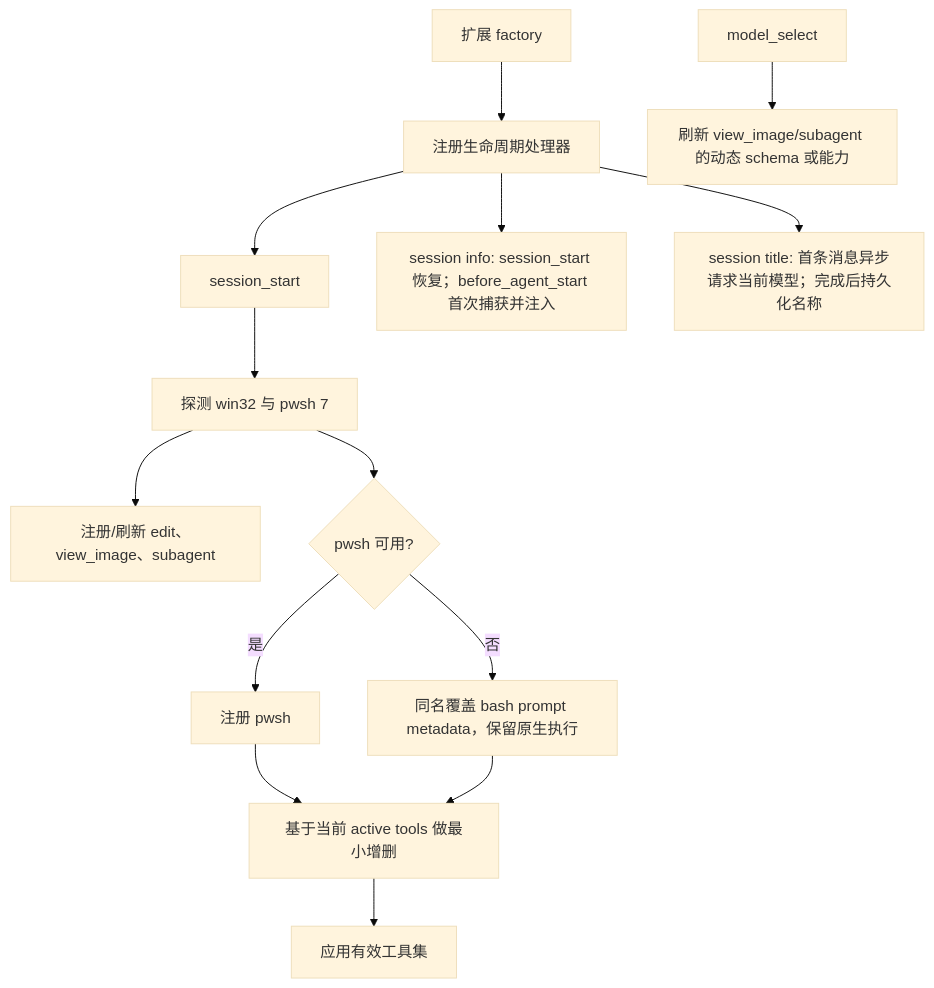
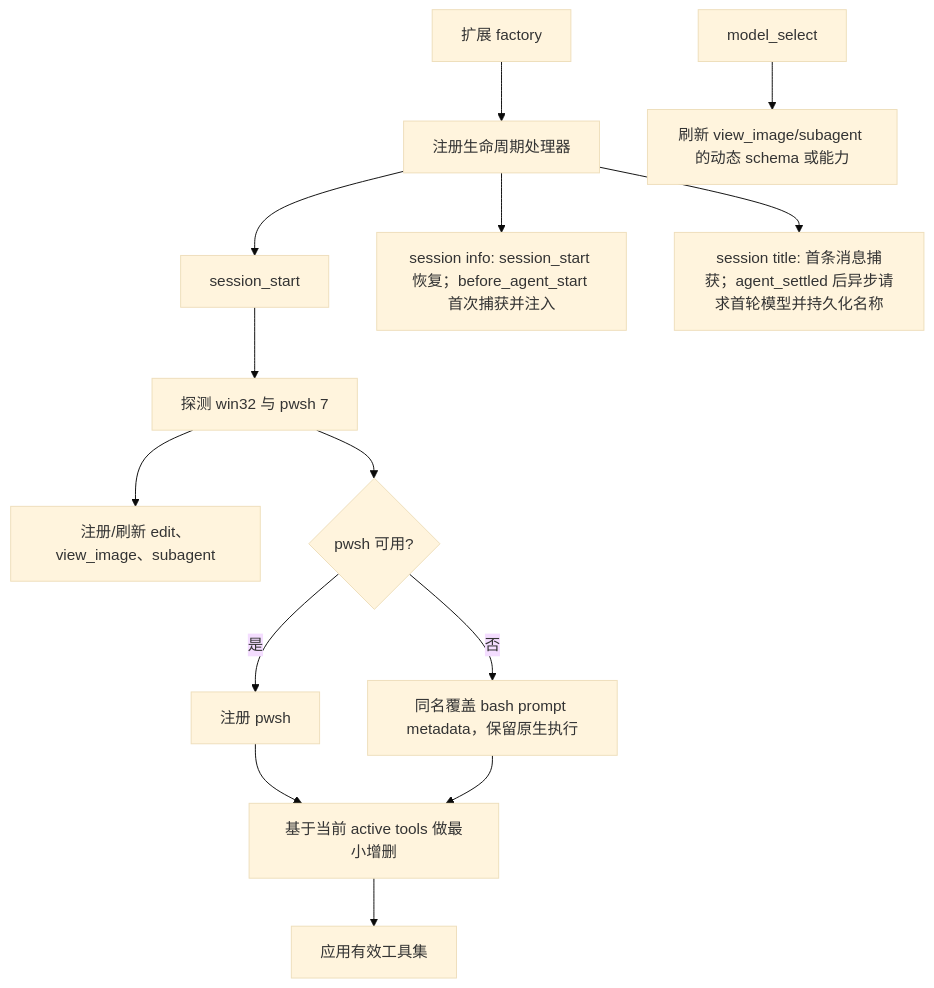
Before and after one commit to cha133/pi-enhanced: the diagram in docs/architecture.md, drawn with Mermaid (base theme). The commit also changed other lines of this file and 4 other files, not shown here.

````diff
--- a/docs/architecture.md
+++ b/docs/architecture.md
@@ -30,16 +30,16 @@
 ```mermaid
 flowchart TD
     A["扩展 factory"] --> B["注册生命周期处理器"]
     B --> C["session_start"]
     C --> D["探测 win32 与 pwsh 7"]
     D --> E["注册/刷新 edit、view_image、subagent"]
     D --> F{"pwsh 可用?"}
     F -->|是| G["注册 pwsh"]
     F -->|否| H["同名覆盖 bash prompt metadata，保留原生执行"]
     G --> I["基于当前 active tools 做最小增删"]
     H --> I
     I --> J["应用有效工具集"]
     K["model_select"] --> L["刷新 view_image/subagent 的动态 schema 或能力"]
     B --> M["session info: session_start 恢复；before_agent_start 首次捕获并注入"]
-    B --> N["session title: 首条消息异步请求当前模型；完成后持久化名称"]
+    B --> N["session title: 首条消息捕获；agent_settled 后异步请求首轮模型并持久化名称"]
 ```
````
